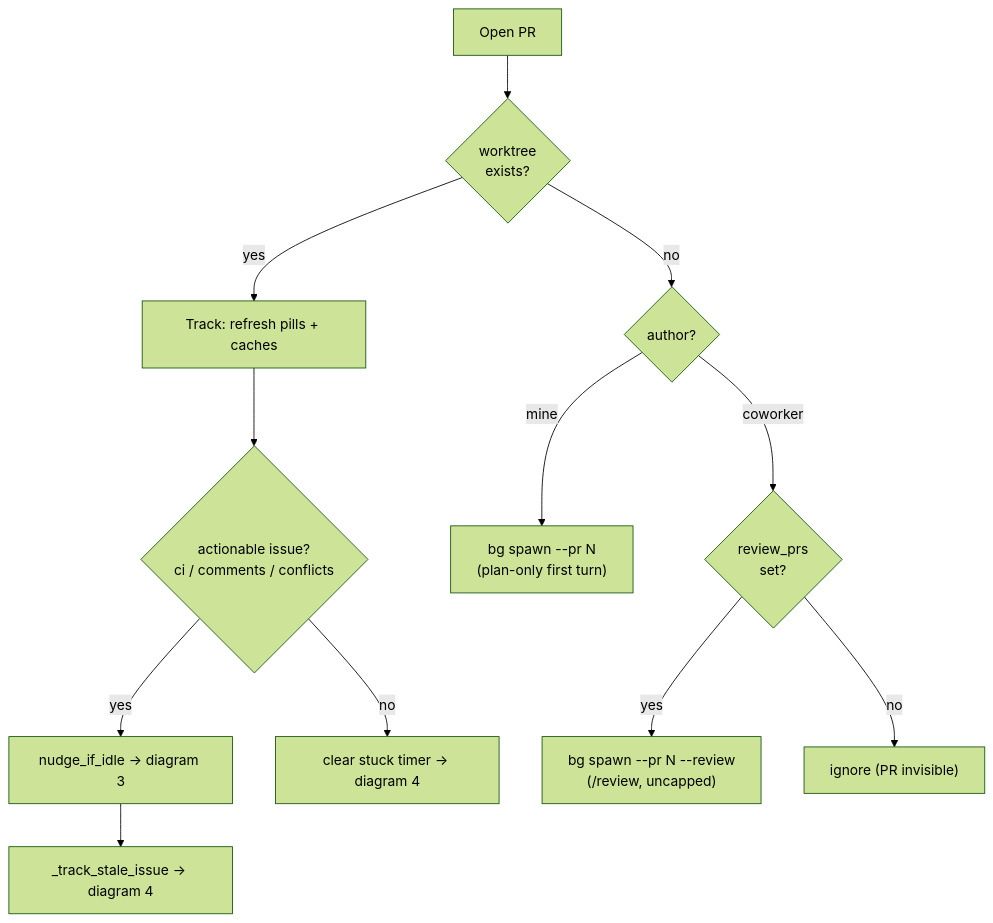
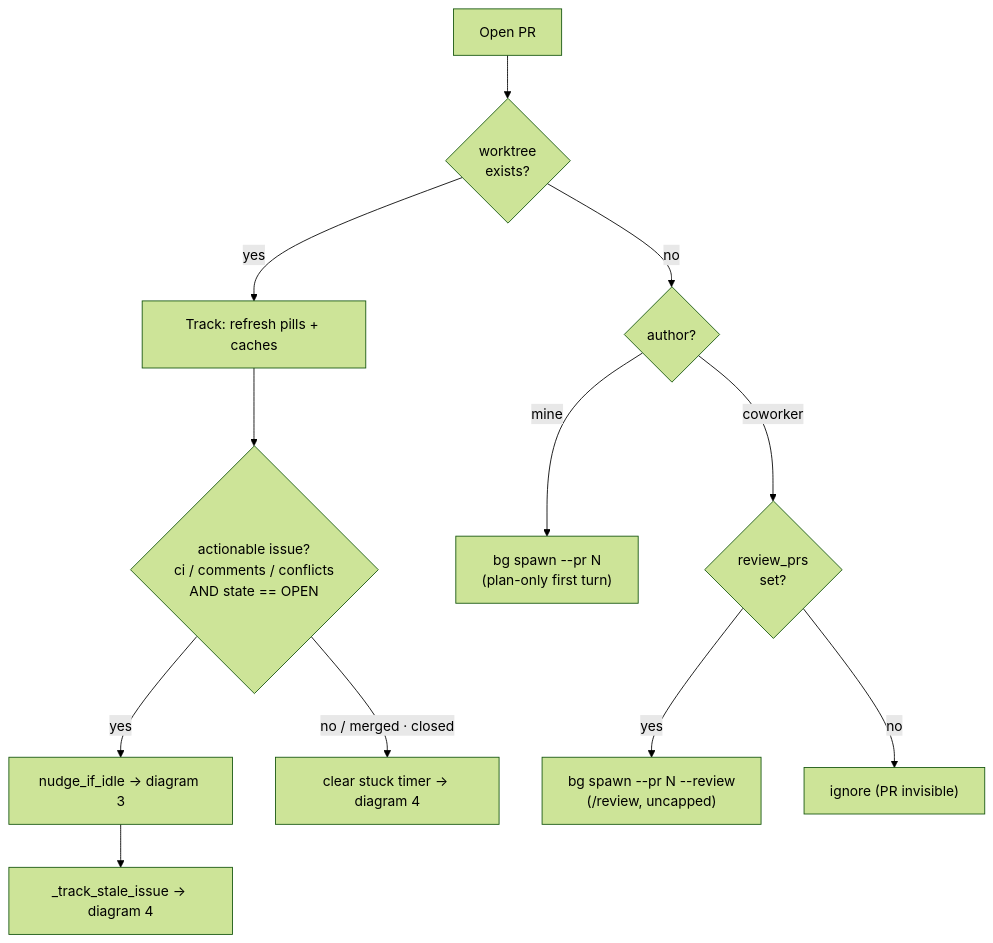
One commit to khivi/cockpit changed the second of 6 diagrams in docs/state-machine.md. Above: the diagram before and after it, drawn with Mermaid (forest theme). The commit also changed other lines of this file and 3 other files, not shown here.

First line of the commit message:
fix(nudge): never nudge a merged/closed PR (stops infinite CI-fail loop) (#151)

````diff
--- a/docs/state-machine.md
+++ b/docs/state-machine.md
@@ -77,16 +77,16 @@
 ```mermaid
 flowchart TD
   P["Open PR"] --> WT{"worktree<br/>exists?"}
 
   WT -->|yes| TRACK["Track: refresh pills + caches"]
-  TRACK --> ACT{"actionable issue?<br/>ci / comments / conflicts"}
+  TRACK --> ACT{"actionable issue?<br/>ci / comments / conflicts<br/>AND state == OPEN"}
   ACT -->|yes| NUDGE["nudge_if_idle → diagram 3"]
-  ACT -->|no| CLR["clear stuck timer → diagram 4"]
+  ACT -->|"no / merged · closed"| CLR["clear stuck timer → diagram 4"]
   NUDGE --> ST["_track_stale_issue → diagram 4"]
 
   WT -->|no| WHO{"author?"}
   WHO -->|mine| SP["bg spawn --pr N<br/>(plan-only first turn)"]
   WHO -->|coworker| RV{"review_prs<br/>set?"}
   RV -->|yes| SPR["bg spawn --pr N --review<br/>(/review, uncapped)"]
   RV -->|no| IG["ignore (PR invisible)"]
 ```
````
